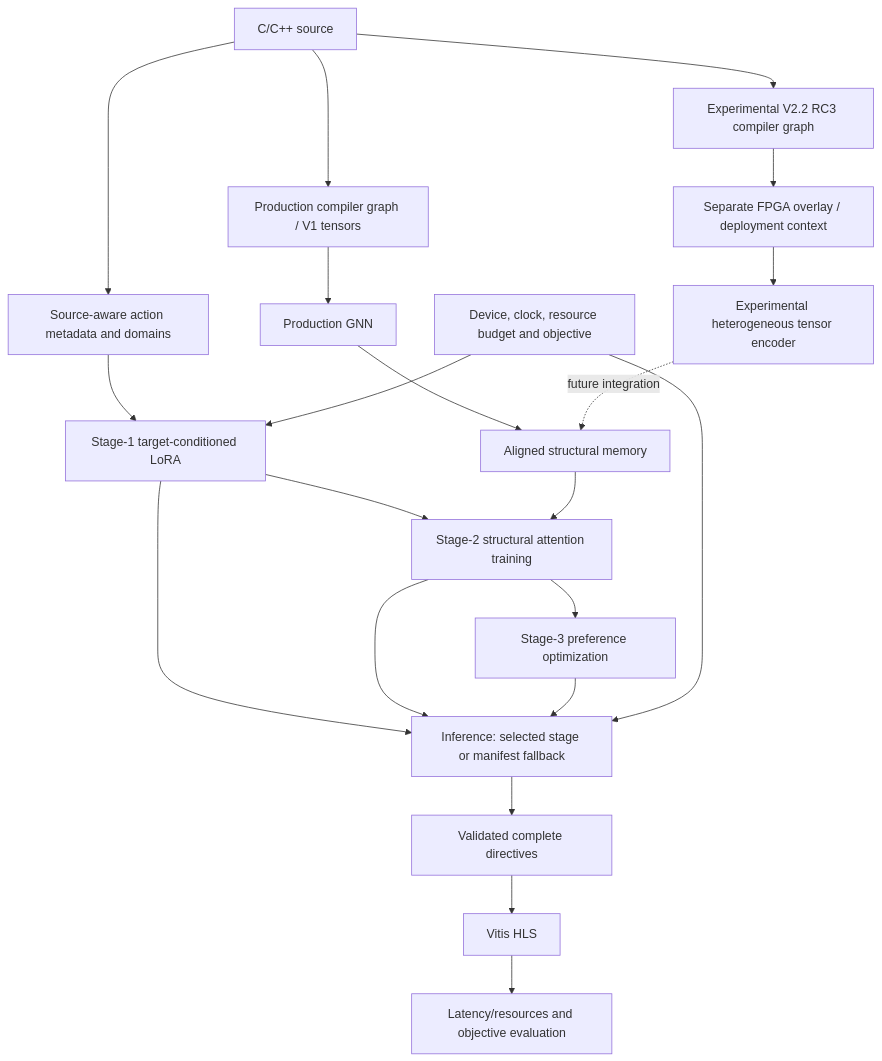
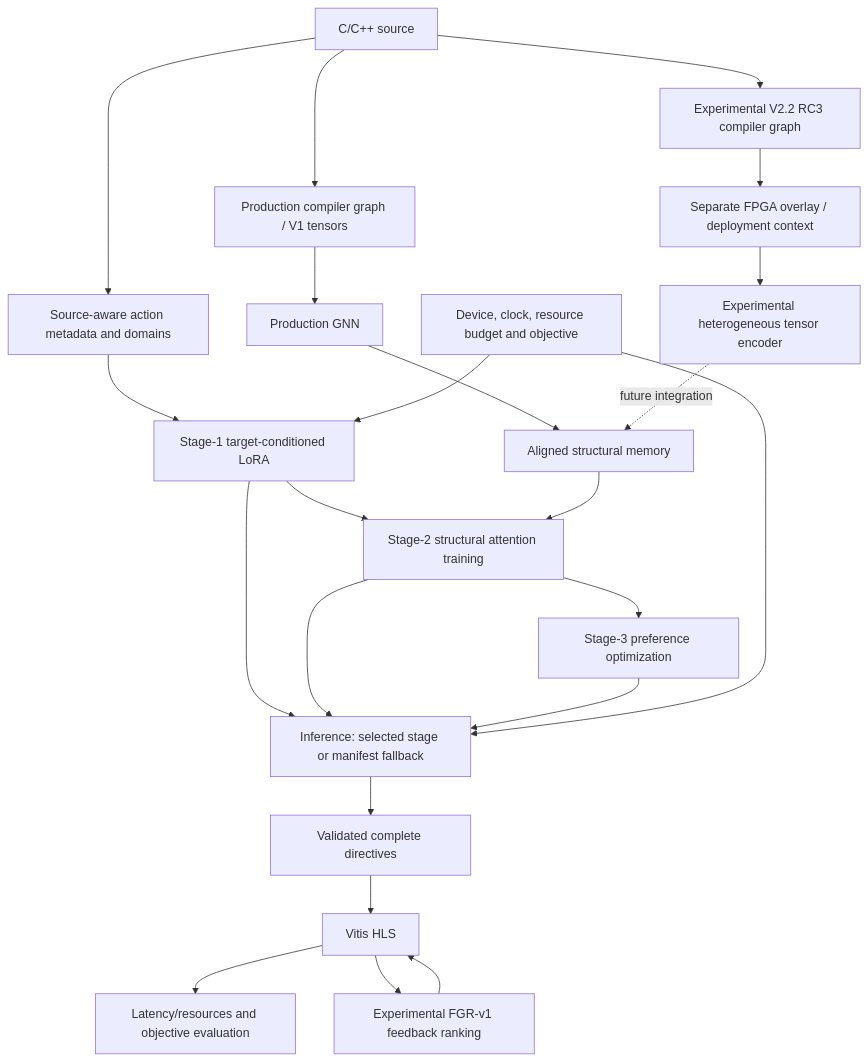
Before and after one commit to ElenaVouvali/MailoHLS: the diagram in docs/architecture.md, drawn with Mermaid. The commit also changed other lines of this file and 6 other files, not shown here.

````diff
--- a/docs/architecture.md
+++ b/docs/architecture.md
@@ -16,23 +16,25 @@
 ```mermaid
 flowchart TD
  C[C/C++ source] --> A[Source-aware action metadata and domains]
  C --> P[Production compiler graph / V1 tensors]
  P --> G[Production GNN]
  G --> M[Aligned structural memory]
  A --> S1[Stage-1 target-conditioned LoRA]
  T[Device, clock, resource budget and objective] --> S1
  S1 --> S2[Stage-2 structural attention training]
  M --> S2
  S2 --> S3[Stage-3 preference optimization]
  S1 --> I[Inference: selected stage or manifest fallback]
  S2 --> I
  S3 --> I
  T --> I
  I --> D[Validated complete directives]
  D --> H[Vitis HLS]
  H --> Q[Latency/resources and objective evaluation]
+H --> FGR[Experimental FGR-v1 feedback ranking]
+FGR --> H
  C --> R[Experimental V2.2 RC3 compiler graph]
  R --> O[Separate FPGA overlay / deployment context]
  O --> E[Experimental heterogeneous tensor encoder]
  E -. future integration .-> M
 ```
````
